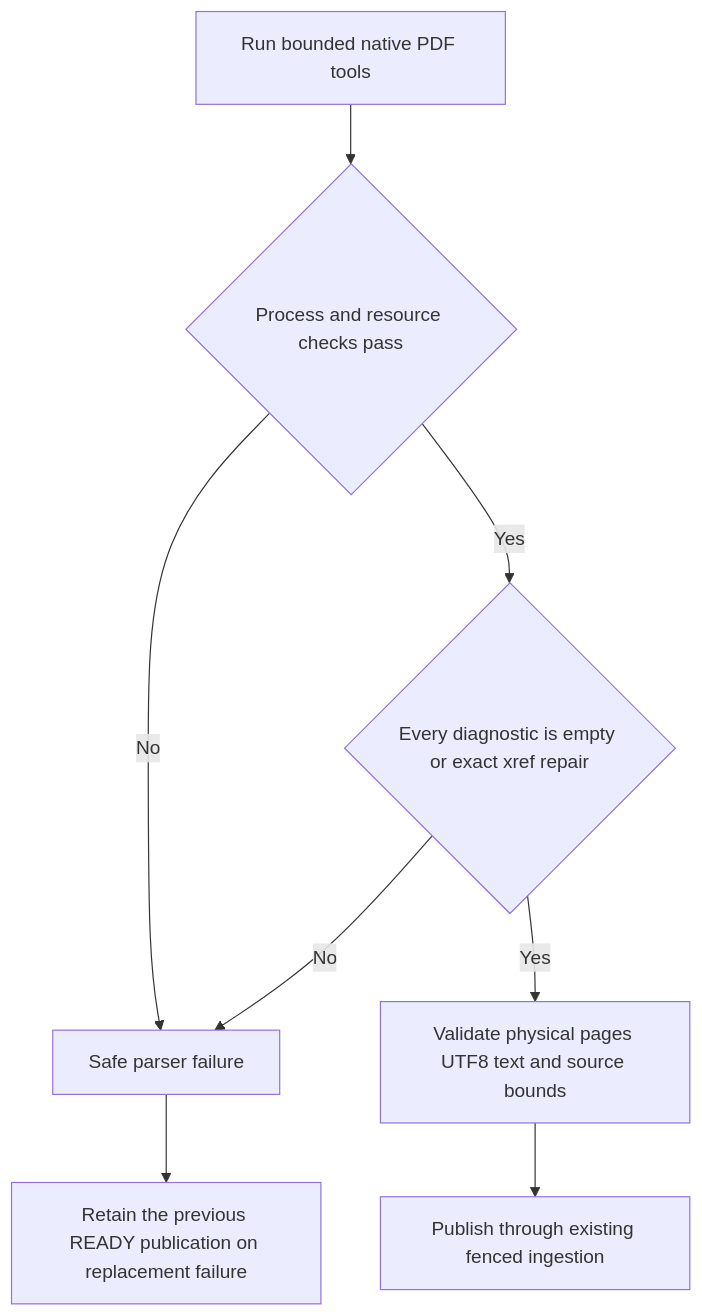
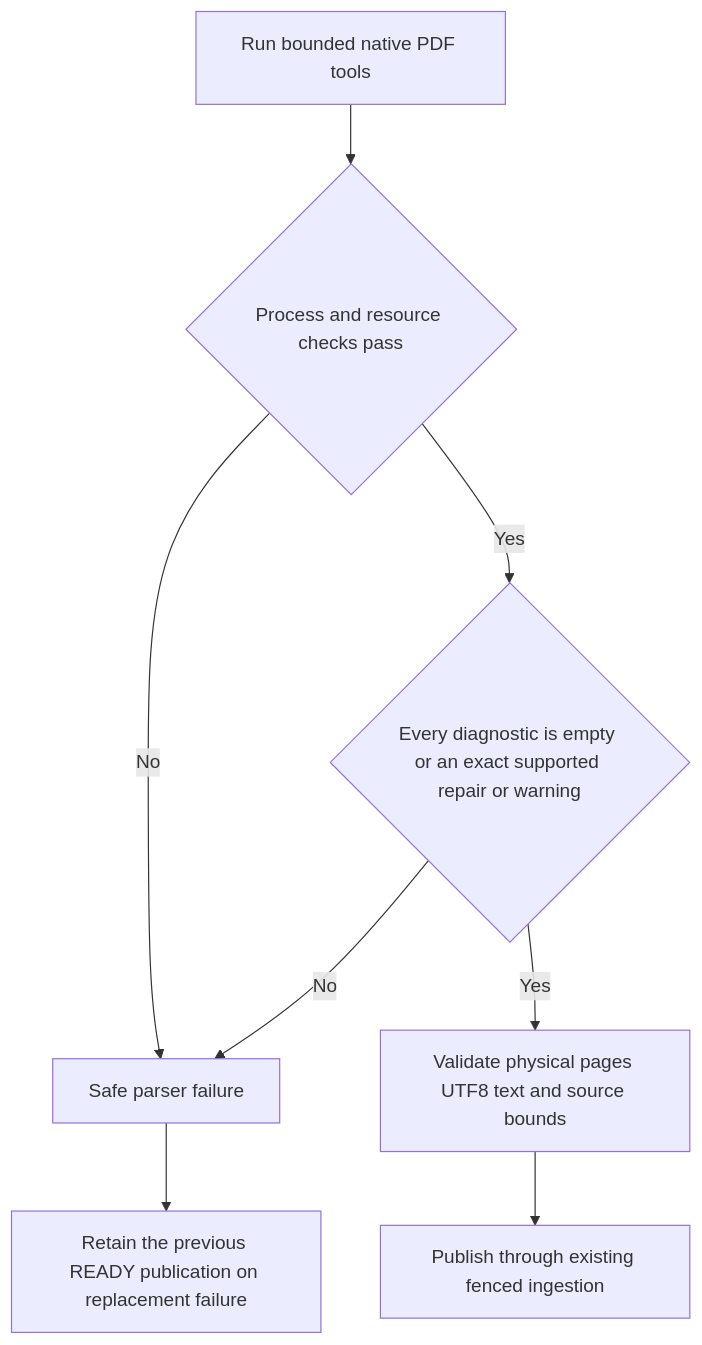
Before and after one commit to SimonLoir/vectorix: the diagram in docs/rag-pdf-recovery.md, drawn with Mermaid. The commit also changed other lines of this file and 19 other files, not shown here.

````diff
--- a/docs/rag-pdf-recovery.md
+++ b/docs/rag-pdf-recovery.md
@@ -17,10 +17,10 @@
 ```mermaid
 flowchart TD
     A[Run bounded native PDF tools] --> B{Process and resource checks pass}
     B -->|No| E[Safe parser failure]
-    B -->|Yes| C{Every diagnostic is empty or exact xref repair}
+    B -->|Yes| C{Every diagnostic is empty or an exact supported repair or warning}
     C -->|No| E
     C -->|Yes| D[Validate physical pages UTF8 text and source bounds]
     D --> F[Publish through existing fenced ingestion]
     E --> G[Retain the previous READY publication on replacement failure]
 ```
````
